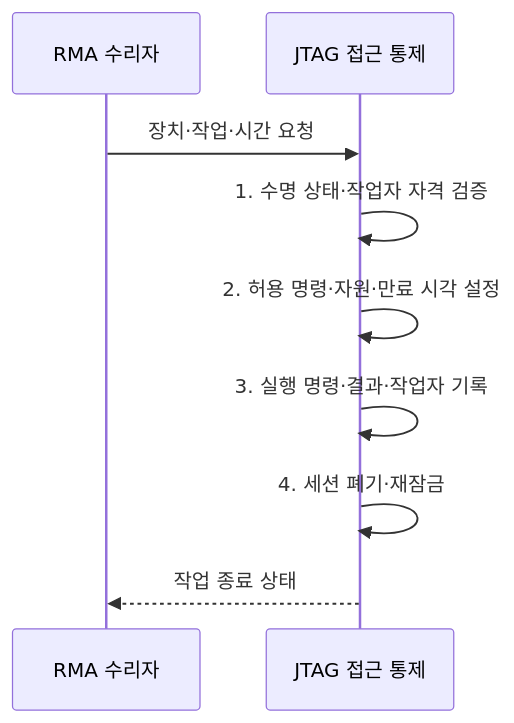
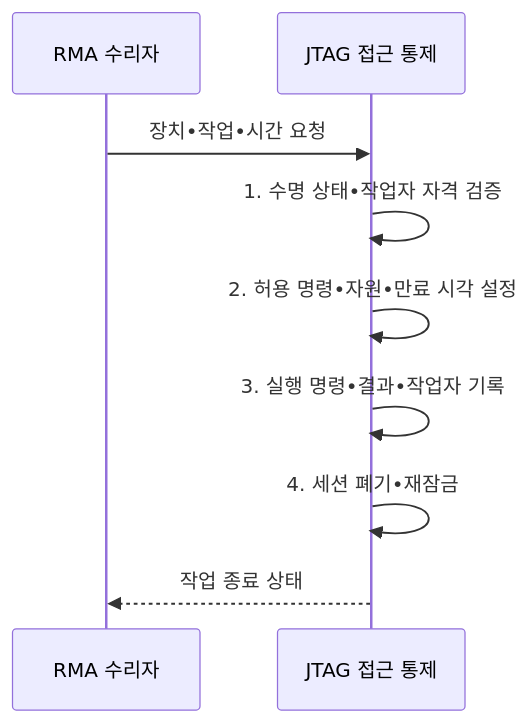
The second of 2 diagrams in src/content/docs/notes/05-security/131_jtag_security.md (agnusdei1207/knowledge-base), drawn with Mermaid before and after one commit. The commit also changed other lines of this file and 953 other files, not shown here.

````diff
--- a/src/content/docs/notes/05-security/131_jtag_security.md
+++ b/src/content/docs/notes/05-security/131_jtag_security.md
@@ -100,11 +100,11 @@
 ```mermaid
 sequenceDiagram
   participant R as RMA 수리자
   participant J as JTAG 접근 통제
-  R->>J: 장치·작업·시간 요청
-  J->>J: 1. 수명 상태·작업자 자격 검증
-  J->>J: 2. 허용 명령·자원·만료 시각 설정
-  J->>J: 3. 실행 명령·결과·작업자 기록
-  J->>J: 4. 세션 폐기·재잠금
+  R->>J: 장치•작업•시간 요청
+  J->>J: 1. 수명 상태•작업자 자격 검증
+  J->>J: 2. 허용 명령•자원•만료 시각 설정
+  J->>J: 3. 실행 명령•결과•작업자 기록
+  J->>J: 4. 세션 폐기•재잠금
   J-->>R: 작업 종료 상태
 ```
````
